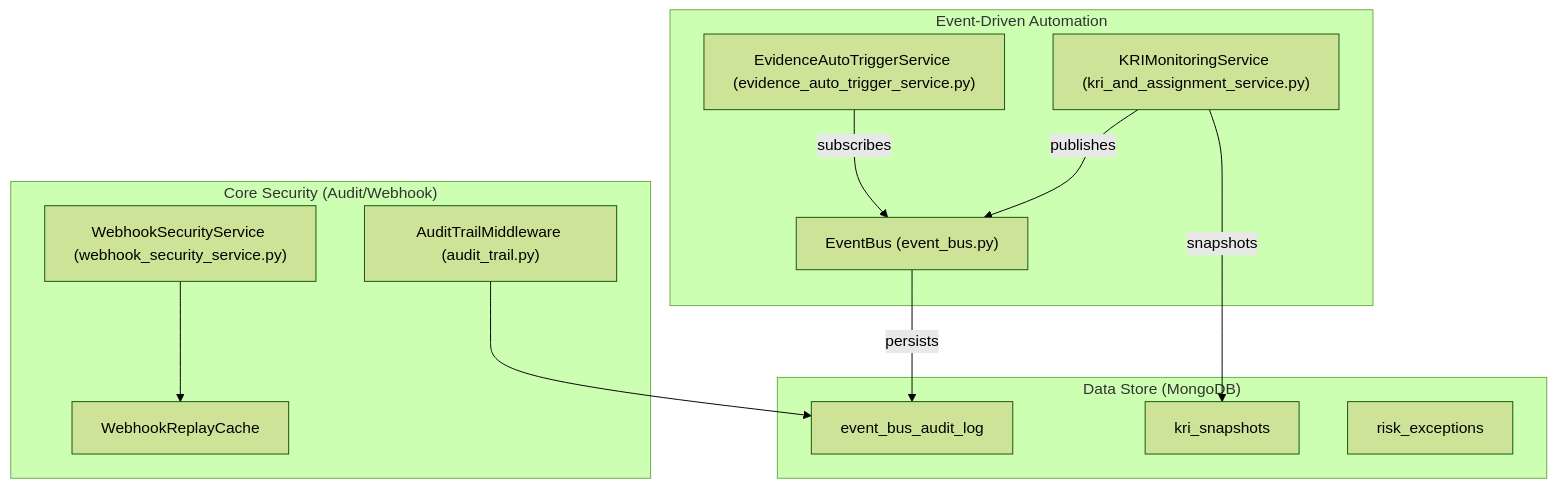
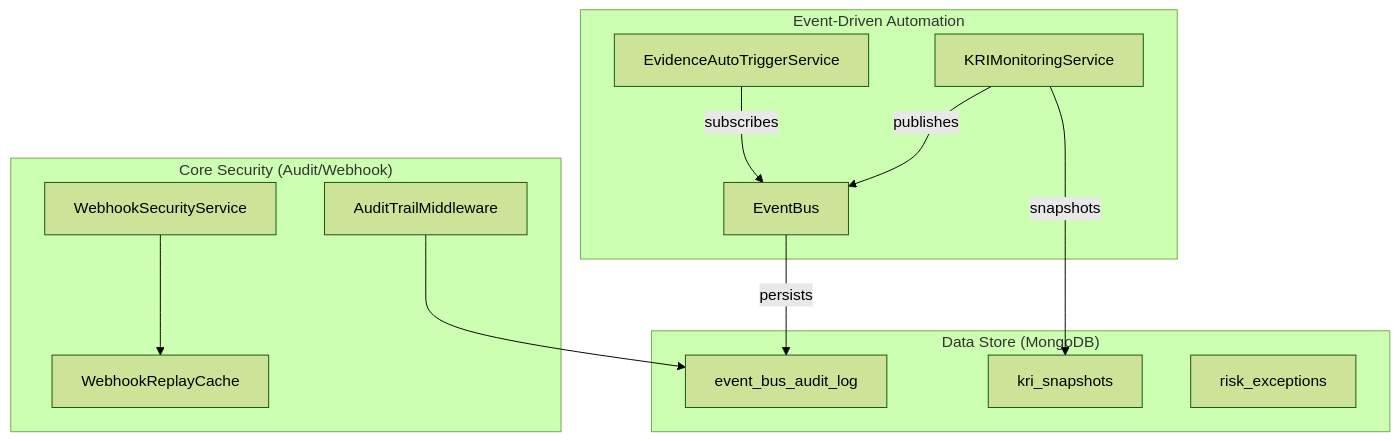
Before and after one commit to niteshsaini/offloadsecurity-docs: the second of 2 diagrams in docs/authentication/audit-trail.md, drawn with Mermaid (forest theme). The commit also changed other lines of this file and 16 other files, not shown here.

````diff
--- a/docs/authentication/audit-trail.md
+++ b/docs/authentication/audit-trail.md
@@ -86,27 +81,27 @@
 ```mermaid
 graph TD
     subgraph "Core Security (Audit/Webhook)"
-        ATM["AuditTrailMiddleware (audit_trail.py)"]
-        WSS["WebhookSecurityService (webhook_security_service.py)"]
+        ATM["AuditTrailMiddleware"]
+        WSS["WebhookSecurityService"]
         WRC["WebhookReplayCache"]
     end
 
     subgraph "Event-Driven Automation"
-        EB["EventBus (event_bus.py)"]
-        EATS["EvidenceAutoTriggerService (evidence_auto_trigger_service.py)"]
-        KRIS["KRIMonitoringService (kri_and_assignment_service.py)"]
+        EB["EventBus"]
+        EATS["EvidenceAutoTriggerService"]
+        KRIS["KRIMonitoringService"]
     end
 
     subgraph "Data Store (MongoDB)"
         EBAL["event_bus_audit_log"]
         KS["kri_snapshots"]
         RES["risk_exceptions"]
     end
 
     ATM --> EBAL
     EB -- "persists" --> EBAL
     WSS --> WRC
     EATS -- "subscribes" --> EB
     KRIS -- "snapshots" --> KS
     KRIS -- "publishes" --> EB
 ```
````
